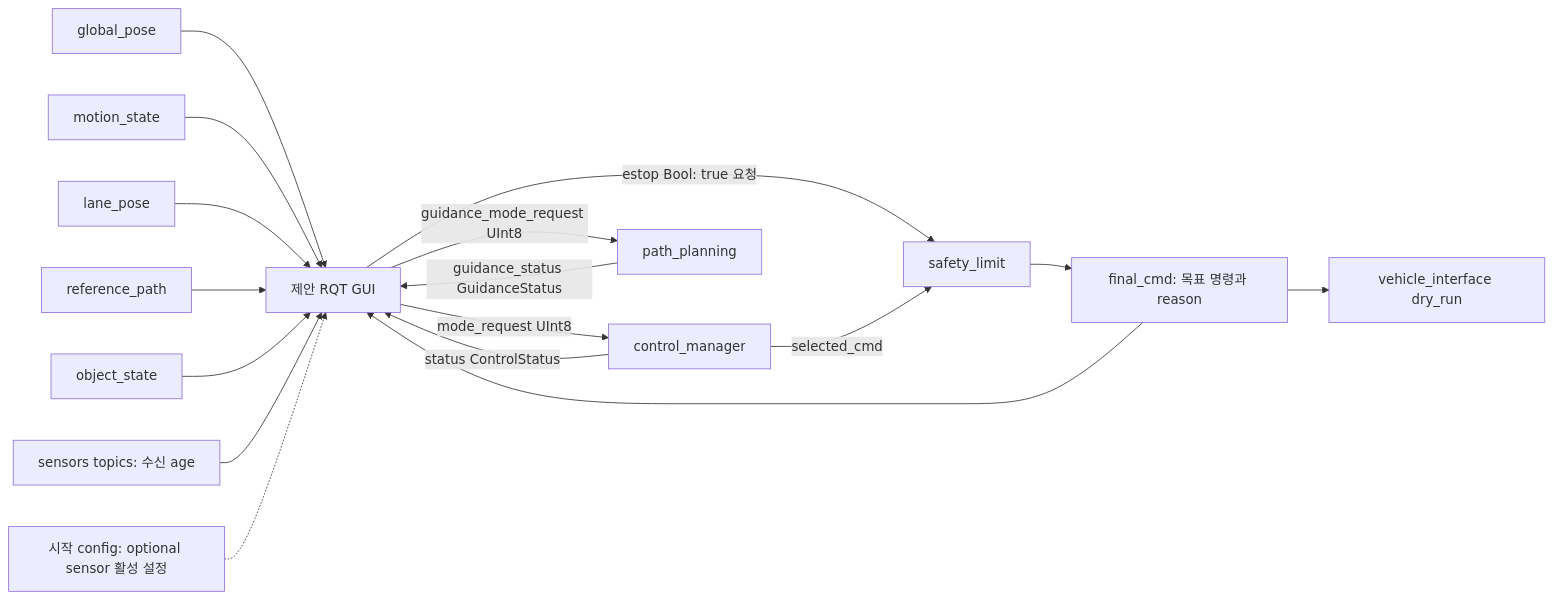
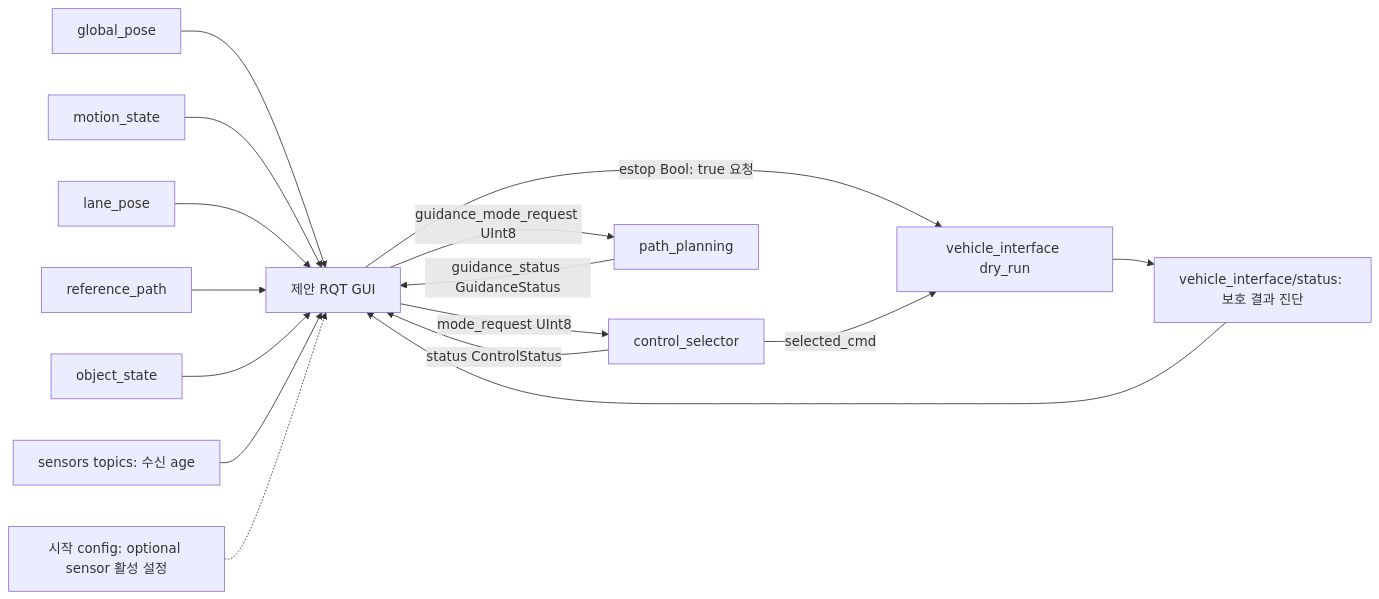
Before and after one commit to planta223/control_manager: the fourth of 4 diagrams in doc/guidance_modes.md, drawn with Mermaid. The commit also changed other lines of this file and 24 other files, not shown here.

Commit message:
control selector 이름변경 및 safety limit 기능이전

````diff
--- a/doc/guidance_modes.md
+++ b/doc/guidance_modes.md
@@ -186,19 +179,18 @@
 ```mermaid
 flowchart LR
-  UI[제안 RQT GUI] -->|mode_request UInt8| CM[control_manager]
+  UI[제안 RQT GUI] -->|mode_request UInt8| CM[control_selector]
   UI -->|guidance_mode_request UInt8| PP[path_planning]
   PP -->|guidance_status GuidanceStatus| UI
   CM -->|status ControlStatus| UI
   GP[global_pose] --> UI
   MS[motion_state] --> UI
   LN[lane_pose] --> UI
   RP[reference_path] --> UI
   OS[object_state] --> UI
-  FC[final_cmd: 목표 명령과 reason] --> UI
+  VS[vehicle_interface/status: 보호 결과 진단] --> UI
   RX[sensors topics: 수신 age] --> UI
   CFG[시작 config: optional sensor 활성 설정] -.-> UI
-  UI -->|estop Bool: true 요청| SL[safety_limit]
-  CM -->|selected_cmd| SL
-  SL --> FC
-  FC --> VI[vehicle_interface dry_run]
+  UI -->|estop Bool: true 요청| VI[vehicle_interface dry_run]
+  CM -->|selected_cmd| VI
+  VI --> VS
 ```
````
